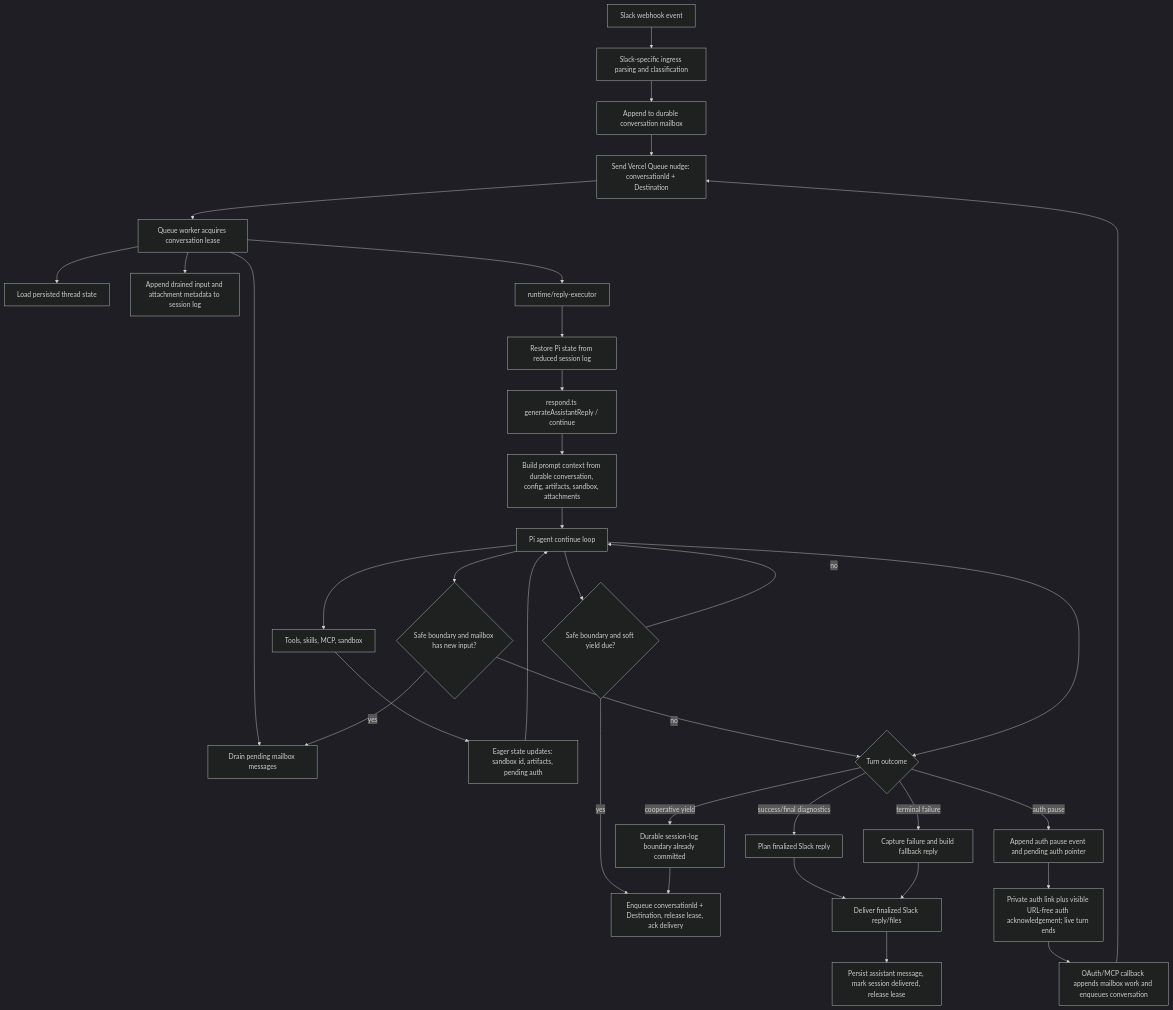
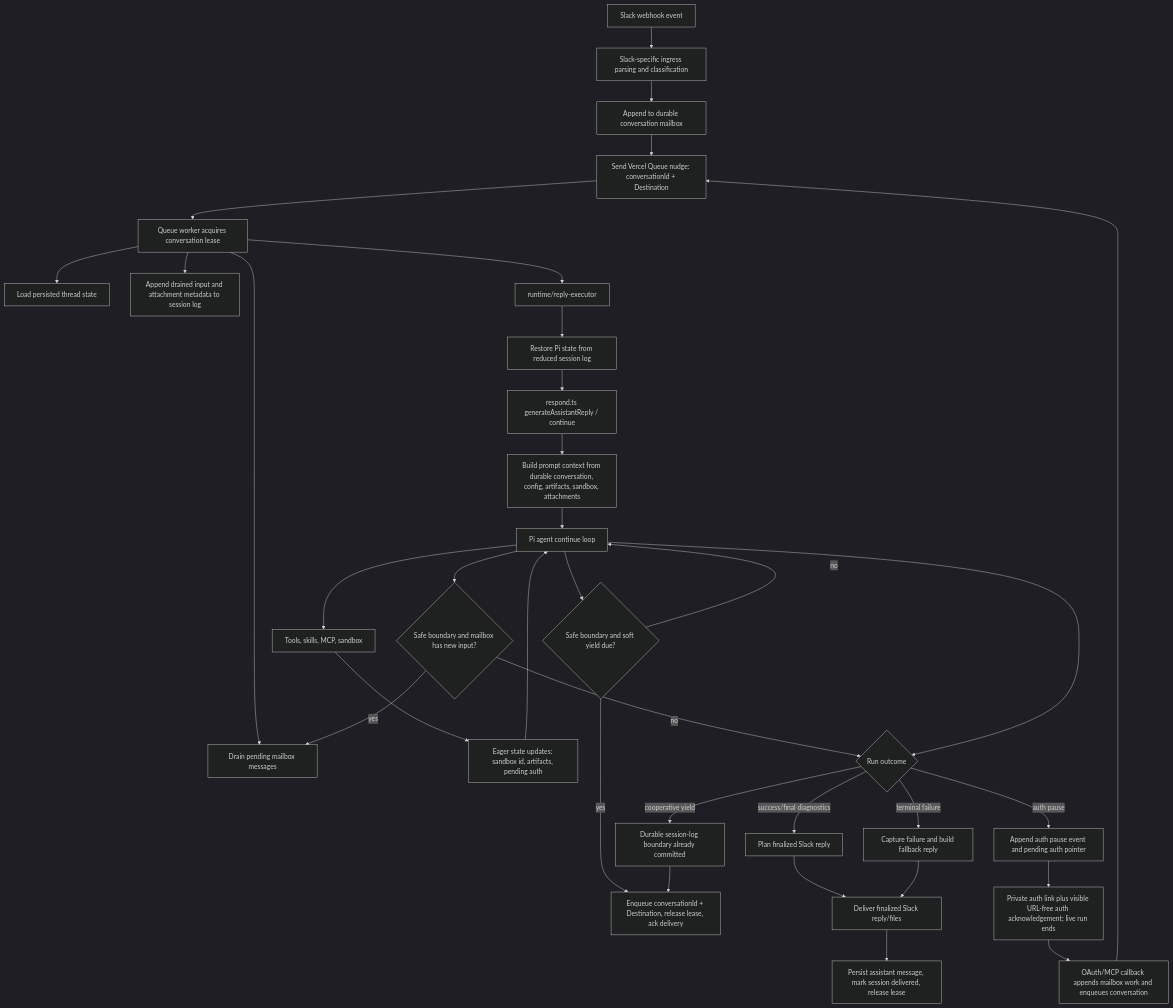
The diagram in specs/chat-architecture.md (getsentry/junior), drawn with Mermaid (dark theme) before and after one commit. The commit also changed other lines of this file and 138 other files, not shown here.

````diff
--- a/specs/chat-architecture.md
+++ b/specs/chat-architecture.md
@@ -38,36 +40,36 @@
 ```mermaid
 flowchart TD
   A[Slack webhook event] --> B[Slack-specific ingress parsing and classification]
   B --> C[Append to durable conversation mailbox]
   C --> D[Send Vercel Queue nudge: conversationId + Destination]
   D --> E[Queue worker acquires conversation lease]
   E --> E1[Load persisted thread state]
   E --> E2[Drain pending mailbox messages]
   E --> E3[Append drained input and attachment metadata to session log]
   E --> F[runtime/reply-executor]
   F --> G[Restore Pi state from reduced session log]
   G --> J[respond.ts generateAssistantReply / continue]
   J --> K[Build prompt context from durable conversation, config, artifacts, sandbox, attachments]
   K --> L[Pi agent continue loop]
   L --> M[Tools, skills, MCP, sandbox]
   M --> N[Eager state updates: sandbox id, artifacts, pending auth]
   N --> L
   L --> Y{Safe boundary and soft yield due?}
   Y -->|yes| YA[Enqueue conversationId + Destination, release lease, ack delivery]
   Y -->|no| L
   L --> Z{Safe boundary and mailbox has new input?}
   Z -->|yes| E2
   Z -->|no| O
-  L --> O{Turn outcome}
+  L --> O{Run outcome}
   O -->|success/final diagnostics| P[Plan finalized Slack reply]
   O -->|auth pause| Q[Append auth pause event and pending auth pointer]
   O -->|cooperative yield| R[Durable session-log boundary already committed]
   O -->|terminal failure| S[Capture failure and build fallback reply]
   R --> YA
-  Q --> V[Private auth link plus visible URL-free auth acknowledgement; live turn ends]
+  Q --> V[Private auth link plus visible URL-free auth acknowledgement; live run ends]
   V --> AB[OAuth/MCP callback appends mailbox work and enqueues conversation]
   P --> W[Deliver finalized Slack reply/files]
   S --> W
   W --> X[Persist assistant message, mark session delivered, release lease]
   AB --> D
 ```
````
